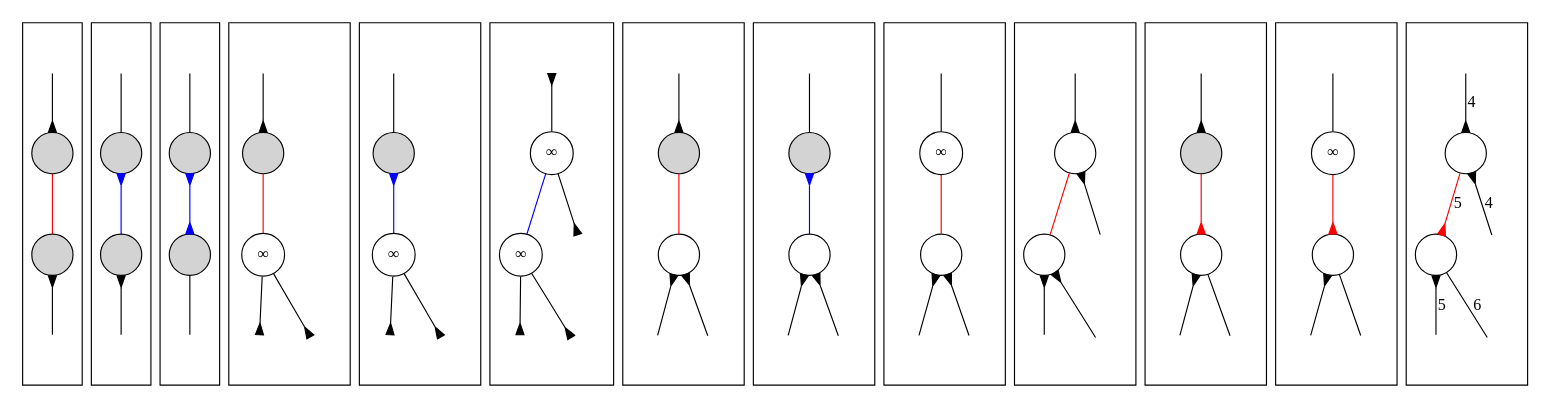
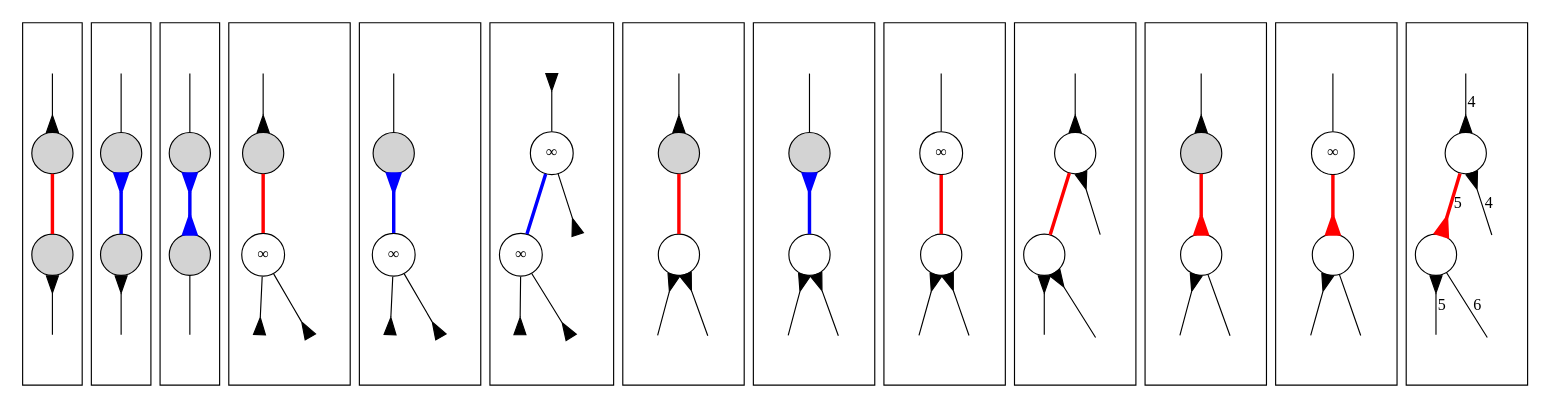
One commit to sgolodetz/thesis changed the diagram in segmentation/graphs/mywaterfall/pass2-mergecases.gv. Above: the diagram before and after it, drawn with Graphviz. The commit also changed 13 other files, not shown here.

Commit message:
Made another diagram clearer.

```diff
--- a/segmentation/graphs/mywaterfall/pass2-mergecases.gv
+++ b/segmentation/graphs/mywaterfall/pass2-mergecases.gv
@@ -1,184 +1,184 @@
 digraph
 {
 	compound = true;
 	node [shape=circle, style=filled, label=""];
-	edge [dir=both, arrowtail=none, arrowhead=none];
+	edge [dir=both, arrowtail=none, arrowhead=none, arrowsize=1.5];
 
 	/* AaXI, where A = no. of ends ambiguous with flow along the edge, a = no. of ends ambiguous with flow not along the edge,
 	   X = no. of ends non-escapable (no outflow), I = no. of inward-pointing arrows
 
 	   Note that A + a + X <= 2 and a + X + I <= 2
 	   Furthermore, note that I >= A
 	   Also, some of the cases cannot occur in practice */
 
 	subgraph cluster0 /* A0a0X0I0 */
 	{
 		n0g -> n0p [arrowhead=inv];
-		n0p -> n0n [color=red];
+		n0p -> n0n [color=red, penwidth=3];
 		n0n -> n0c [arrowtail=inv];
 
 		n0g [style=invisible];
 		n0c [style=invisible];
 	}
 
 	subgraph cluster1 /* A0a0X0I1 */
 	{
 		n1g -> n1p;
-		n1p -> n1n [color=blue, arrowtail=inv];
+		n1p -> n1n [color=blue, arrowtail=inv, penwidth=3];
 		n1n -> n1c [arrowtail=inv];
 
 		n1g [style=invisible];
 		n1c [style=invisible];
 	}
 
 	subgraph cluster2 /* A0a0X0I2 */
 	{
 		n2g -> n2p;
-		n2p -> n2n [color=blue, arrowtail=inv, arrowhead=inv];
+		n2p -> n2n [color=blue, arrowtail=inv, arrowhead=inv, penwidth=3];
 		n2n -> n2c;
 
 		n2g [style=invisible];
 		n2c [style=invisible];
 	}
 
 	subgraph cluster3 /* A0a0X1I0 */
 	{
 		n3g -> n3p [arrowhead=inv];
-		n3p -> n3n [color=red];
+		n3p -> n3n [color=red, penwidth=3];
 		n3n -> n3c0 [arrowhead=inv];
 		n3n -> n3c1 [arrowhead=inv];
 
 		n3g [style=invisible];
 		n3n [style=solid, label="&infin;"];
 		n3c0 [style=invisible];
 		n3c1 [style=invisible];
 	}
 
 	subgraph cluster4 /* A0a0X1I1 */
 	{
 		n4g -> n4p;
-		n4p -> n4n [color=blue, arrowtail=inv];
+		n4p -> n4n [color=blue, arrowtail=inv, penwidth=3];
 		n4n -> n4c0 [arrowhead=inv];
 		n4n -> n4c1 [arrowhead=inv];
 
 		n4g [style=invisible];
 		n4n [style=solid, label="&infin;"];
 		n4c0 [style=invisible];
 		n4c1 [style=invisible];
 	}
 
 	subgraph cluster5 /* A0a0X2I0 */
 	{
 		n5g -> n5p [arrowtail=inv];
-		n5p -> n5n [color=blue];
+		n5p -> n5n [color=blue, penwidth=3];
 		n5p -> n5s [arrowhead=inv];
 		n5n -> n5c0 [arrowhead=inv];
 		n5n -> n5c1 [arrowhead=inv];
 
 		n5g [style=invisible];
 		n5p [style=solid, label="&infin;"];
 		n5n [style=solid, label="&infin;"];
 		n5s [style=invisible];
 		n5c0 [style=invisible];
 		n5c1 [style=invisible];
 	}
 
 	subgraph cluster6 /* A0a1X0I0 */
 	{
 		n6g -> n6p [arrowhead=inv];
-		n6p -> n6n [color=red];
+		n6p -> n6n [color=red, penwidth=3];
 		n6n -> n6c0 [arrowtail=inv];
 		n6n -> n6c1 [arrowtail=inv];
 
 		n6g [style=invisible];
 		n6n [style=solid];
 		n6c0 [style=invisible];
 		n6c1 [style=invisible];
 	}
 
 	subgraph cluster7 /* A0a1X0I1 */
 	{
 		n7g -> n7p;
-		n7p -> n7n [color=blue, arrowtail=inv];
+		n7p -> n7n [color=blue, arrowtail=inv, penwidth=3];
 		n7n -> n7c0 [arrowtail=inv];
 		n7n -> n7c1 [arrowtail=inv];
 
 		n7g [style=invisible];
 		n7n [style=solid];
 		n7c0 [style=invisible];
 		n7c1 [style=invisible];
 	}
 
 	subgraph cluster8 /* A0a1X1I0 */
 	{
 		n8g -> n8p;
-		n8p -> n8n [color=red];
+		n8p -> n8n [color=red, penwidth=3];
 		n8n -> n8c0 [arrowtail=inv];
 		n8n -> n8c1 [arrowtail=inv];
 
 		n8g [style=invisible];
 		n8p [style=solid, label="&infin;"];
 		n8n [style=solid];
 		n8c0 [style=invisible];
 		n8c1 [style=invisible];
 	}
 
 	subgraph cluster9 /* A0a2X0I0 */
 	{
 		n9g -> n9p [arrowhead=inv];
-		n9p -> n9n [color=red];
+		n9p -> n9n [color=red, penwidth=3];
 		n9p -> n9s [arrowtail=inv];
 		n9n -> n9c0 [arrowtail=inv];
 		n9n -> n9c1 [arrowtail=inv];
 
 		n9g [style=invisible];
 		n9p [style=solid];
 		n9n [style=solid];
 		n9s [style=invisible];
 		n9c0 [style=invisible];
 		n9c1 [style=invisible];
 	}
 
 	subgraph cluster10 /* A1a0X0I1 */
 	{
 		n10g -> n10p [arrowhead=inv];
-		n10p -> n10n [color=red, arrowhead=inv];
+		n10p -> n10n [color=red, arrowhead=inv, penwidth=3];
 		n10n -> n10c0 [arrowtail=inv];
 		n10n -> n10c1;
 
 		n10g [style=invisible];
 		n10n [style=solid];
 		n10c0 [style=invisible];
 		n10c1 [style=invisible];
 	}
 
 	subgraph cluster11 /* A1a0X1I1 */
 	{
 		n11g -> n11p;
-		n11p -> n11n [color=red, arrowhead=inv];
+		n11p -> n11n [color=red, arrowhead=inv, penwidth=3];
 		n11n -> n11c0 [arrowtail=inv];
 		n11n -> n11c1;
 
 		n11g [style=invisible];
 		n11p [style=solid, label="&infin;"];
 		n11n [style=solid];
 		n11c0 [style=invisible];
 		n11c1 [style=invisible];
 	}
 
 	subgraph cluster12 /* A1a1X0I1 */
 	{
 		n12g -> n12p [label=4, arrowhead=inv];
-		n12p -> n12n [label=5, color=red, arrowhead=inv];
+		n12p -> n12n [label=5, color=red, arrowhead=inv, penwidth=3];
 		n12p -> n12s [label=4, arrowtail=inv];
 		n12n -> n12c0 [label=5, arrowtail=inv];
 		n12n -> n12c1 [label=6];
 
 		n12g [style=invisible];
 		n12p [style=solid];
 		n12n [style=solid];
 		n12s [style=invisible];
 		n12c0 [style=invisible];
 		n12c1 [style=invisible];
 	}
 }
```
